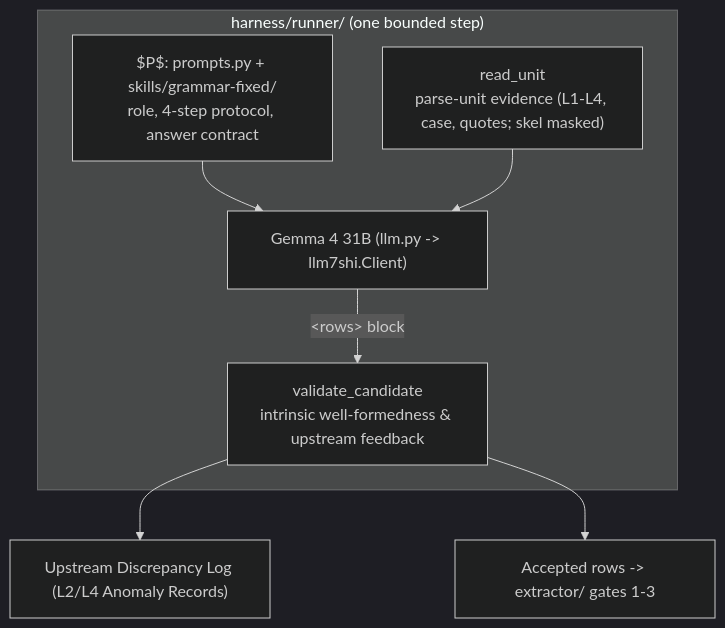
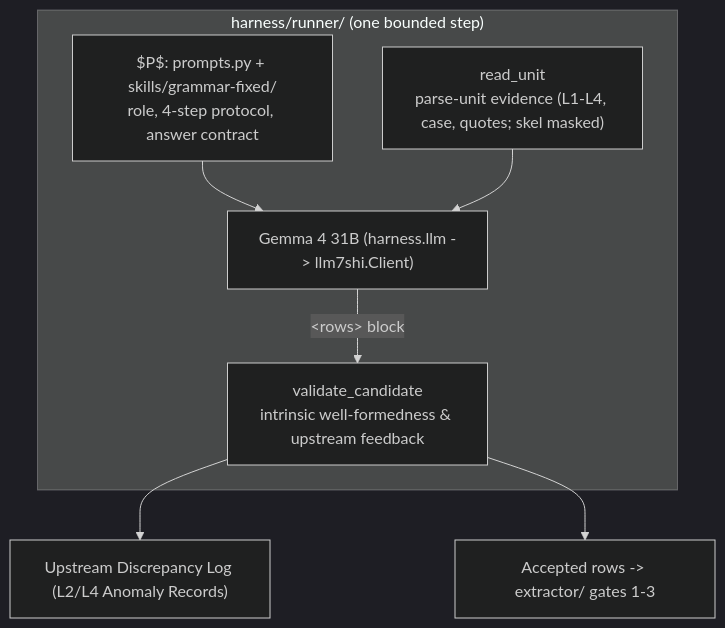
The diagram in harness/runner/PLAN.md (7shi/dante-corpus), drawn with Mermaid (dark theme) before and after one commit. The commit also changed other lines of this file and 29 other files, not shown here.

````diff
--- a/harness/runner/PLAN.md
+++ b/harness/runner/PLAN.md
@@ -26,15 +29,15 @@
 ```mermaid
 graph TD
     subgraph "harness/runner/ (one bounded step)"
         P["$P$: prompts.py + skills/grammar-fixed/<br/>role, 4-step protocol, answer contract"]
         Ev["read_unit<br/>parse-unit evidence (L1-L4, case, quotes; skel masked)"]
-        LLM["Gemma 4 31B (llm.py -> llm7shi.Client)"]
+        LLM["Gemma 4 31B (harness.llm -> llm7shi.Client)"]
         Gate["validate_candidate<br/>intrinsic well-formedness & upstream feedback"]
     end
 
     P --> LLM
     Ev --> LLM
     LLM -->|"&lt;rows&gt; block"| Gate
     Gate --> UpstreamLog["Upstream Discrepancy Log (L2/L4 Anomaly Records)"]
     Gate --> Rows["Accepted rows -> extractor/ gates 1-3"]
 ```
````
